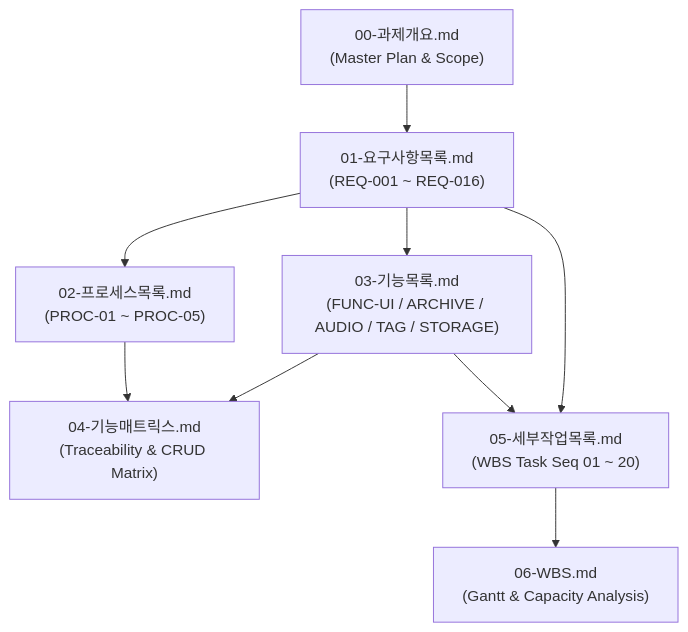
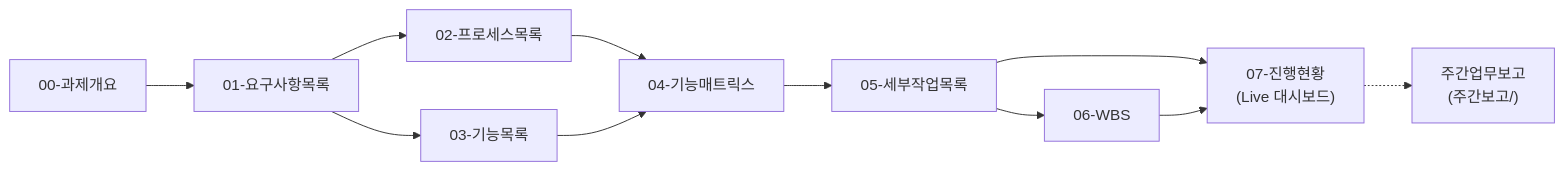
One commit to h2y0229/h2y-music-app changed the diagram in doc/00-과제개요.md. Above: the diagram before and after it, drawn with Mermaid. The commit also changed other lines of this file and 9 other files, not shown here.

````diff
--- a/doc/00-과제개요.md
+++ b/doc/00-과제개요.md
@@ -76,11 +77,11 @@
 ```mermaid
-flowchart TD
-    D00["00-과제개요.md<br/>(Master Plan & Scope)"] --> D01["01-요구사항목록.md<br/>(REQ-001 ~ REQ-016)"]
-    D01 --> D02["02-프로세스목록.md<br/>(PROC-01 ~ PROC-05)"]
-    D01 --> D03["03-기능목록.md<br/>(FUNC-UI / ARCHIVE / AUDIO / TAG / STORAGE)"]
-    D02 --> D04["04-기능매트릭스.md<br/>(Traceability & CRUD Matrix)"]
-    D03 --> D04
-    D01 --> D05["05-세부작업목록.md<br/>(WBS Task Seq 01 ~ 20)"]
-    D03 --> D05
-    D05 --> D06["06-WBS.md<br/>(Gantt & Capacity Analysis)"]
+flowchart LR
+    D00["00-과제개요"] --> D01["01-요구사항목록"]
+    D01 --> D02["02-프로세스목록"]
+    D01 --> D03["03-기능목록"]
+    D02 & D03 --> D04["04-기능매트릭스"]
+    D04 --> D05["05-세부작업목록"]
+    D05 --> D06["06-WBS"]
+    D05 & D06 --> D07["07-진행현황\n(Live 대시보드)"]
+    D07 -.-> WR["주간업무보고\n(주간보고/)"]
 ```
````
